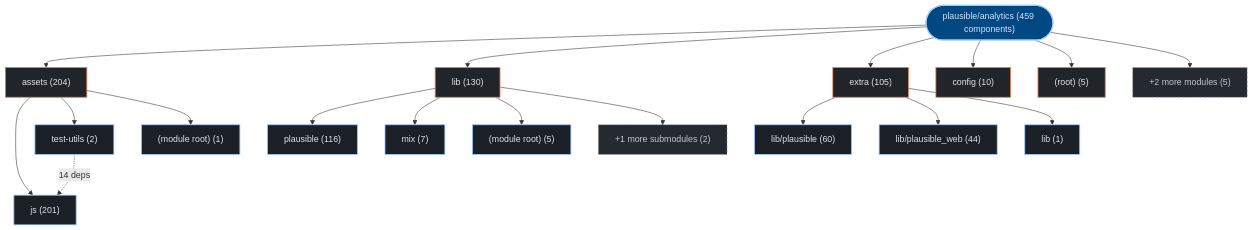
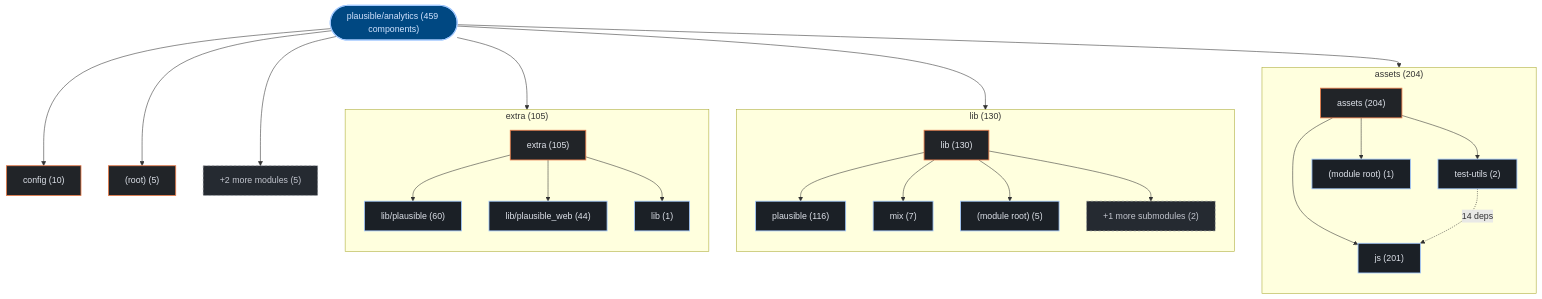
The first of 3 diagrams in exports/latest/reports/plausible-analytics-report.md (kumarshaz/atruss-code-atlas), drawn with Mermaid before and after one commit. The commit also changed 178 other files, not shown here.

Commit message:
feat(ui,mermaid): upgrade to mermaid v12 + ELK layout, add orgs-summary + pagination, subgraph building blocks, fix tab alignment

````diff
--- a/exports/latest/reports/plausible-analytics-report.md
+++ b/exports/latest/reports/plausible-analytics-report.md
@@ -42,44 +42,53 @@
 ```mermaid
 graph TD;
   classDef atlasRoot fill:#004882,stroke:#a3c9ff,stroke-width:2px,color:#d3e4ff
   classDef atlasCategory fill:#212428,stroke:#E87A48,stroke-width:1.5px,color:#dfe3eb
   classDef atlasWorkflow fill:#1b2026,stroke:#a3c9ff,stroke-width:1.5px,color:#dfe3eb
   classDef atlasJob fill:#171c22,stroke:#8d9199,stroke-width:1px,color:#dfe3eb
   classDef atlasTarget fill:#005227,stroke:#8bd99b,stroke-width:1.5px,color:#a7f6b6
   classDef atlasAlert fill:#93000a,stroke:#ffb4ab,stroke-width:1.5px,color:#ffdad6
   classDef atlasMore fill:#252a31,stroke:#8d9199,stroke-dasharray:4 4,color:#c3c6cf
     repo_root(["plausible/analytics (459 components)"]):::atlasRoot
-    dir_0_assets["assets (204)"]:::atlasCategory
+    subgraph sg_dir_0_assets["assets (204)"]
+      direction TB
+      dir_0_assets["assets (204)"]:::atlasCategory
+      sub_0_0_js["js (201)"]:::atlasWorkflow
+      dir_0_assets --> sub_0_0_js
+      sub_0_1_test_utils["test-utils (2)"]:::atlasWorkflow
+      dir_0_assets --> sub_0_1_test_utils
+      sub_0_2__module_root_["(module root) (1)"]:::atlasWorkflow
+      dir_0_assets --> sub_0_2__module_root_
+    end
     repo_root --> dir_0_assets
-    sub_0_0_js["js (201)"]:::atlasWorkflow
-    dir_0_assets --> sub_0_0_js
-    sub_0_1_test_utils["test-utils (2)"]:::atlasWorkflow
-    dir_0_assets --> sub_0_1_test_utils
-    sub_0_2__module_root_["(module root) (1)"]:::atlasWorkflow
-    dir_0_assets --> sub_0_2__module_root_
-    dir_1_lib["lib (130)"]:::atlasCategory
+    subgraph sg_dir_1_lib["lib (130)"]
+      direction TB
+      dir_1_lib["lib (130)"]:::atlasCategory
+      sub_1_0_plausible["plausible (116)"]:::atlasWorkflow
+      dir_1_lib --> sub_1_0_plausible
+      sub_1_1_mix["mix (7)"]:::atlasWorkflow
+      dir_1_lib --> sub_1_1_mix
+      sub_1_2__module_root_["(module root) (5)"]:::atlasWorkflow
+      dir_1_lib --> sub_1_2__module_root_
+      sub_1_more["+1 more submodules (2)"]:::atlasMore
+      dir_1_lib --> sub_1_more
+    end
     repo_root --> dir_1_lib
-    sub_1_0_plausible["plausible (116)"]:::atlasWorkflow
-    dir_1_lib --> sub_1_0_plausible
-    sub_1_1_mix["mix (7)"]:::atlasWorkflow
-    dir_1_lib --> sub_1_1_mix
-    sub_1_2__module_root_["(module root) (5)"]:::atlasWorkflow
-    dir_1_lib --> sub_1_2__module_root_
-    sub_1_more["+1 more submodules (2)"]:::atlasMore
-    dir_1_lib --> sub_1_more
-    dir_2_extra["extra (105)"]:::atlasCategory
+    subgraph sg_dir_2_extra["extra (105)"]
+      direction TB
+      dir_2_extra["extra (105)"]:::atlasCategory
+      sub_2_0_lib_plausible["lib/plausible (60)"]:::atlasWorkflow
+      dir_2_extra --> sub_2_0_lib_plausible
+      sub_2_1_lib_plausible_web["lib/plausible_web (44)"]:::atlasWorkflow
+      dir_2_extra --> sub_2_1_lib_plausible_web
+      sub_2_2_lib["lib (1)"]:::atlasWorkflow
+      dir_2_extra --> sub_2_2_lib
+    end
     repo_root --> dir_2_extra
-    sub_2_0_lib_plausible["lib/plausible (60)"]:::atlasWorkflow
-    dir_2_extra --> sub_2_0_lib_plausible
-    sub_2_1_lib_plausible_web["lib/plausible_web (44)"]:::atlasWorkflow
-    dir_2_extra --> sub_2_1_lib_plausible_web
-    sub_2_2_lib["lib (1)"]:::atlasWorkflow
-    dir_2_extra --> sub_2_2_lib
     dir_3_config["config (10)"]:::atlasCategory
     repo_root --> dir_3_config
     dir_4__root_["(root) (5)"]:::atlasCategory
     repo_root --> dir_4__root_
     dir_other_modules["+2 more modules (5)"]:::atlasMore
     repo_root --> dir_other_modules
     sub_0_1_test_utils -.->|"14 deps"| sub_0_0_js
 ```
````
